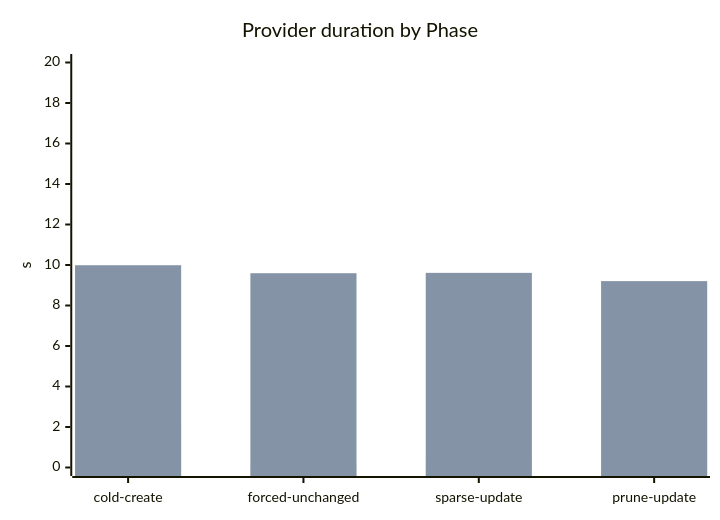
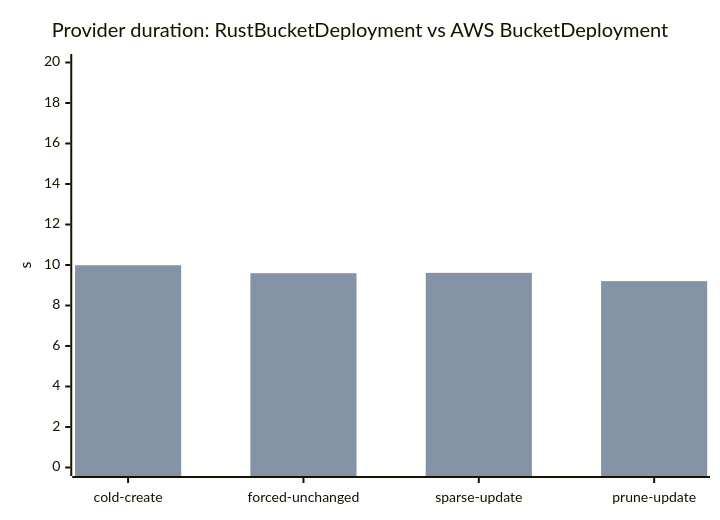
Before and after one commit to garysassano/shin-bucket-deployment: the first of 3 diagrams in docs/benchmark.md, drawn with Mermaid. The commit also changed other lines of this file and 3 other files, not shown here.

````diff
--- a/docs/benchmark.md
+++ b/docs/benchmark.md
@@ -152,8 +137,8 @@
 ```mermaid
 xychart-beta
-  title "Provider duration by Phase"
+  title "Provider duration: RustBucketDeployment vs AWS BucketDeployment"
   x-axis ["cold-create", "forced-unchanged", "sparse-update", "prune-update"]
   y-axis "s" 0 --> 20
-  bar "Rust" [2.049, 0.203, 0.376, 3.296]
-  bar "AWS" [9.988, 9.594, 9.612, 9.204]
+  bar "RustBucketDeployment" [2.049, 0.203, 0.376, 3.296]
+  bar "AWS BucketDeployment" [9.988, 9.594, 9.612, 9.204]
 ```
````
